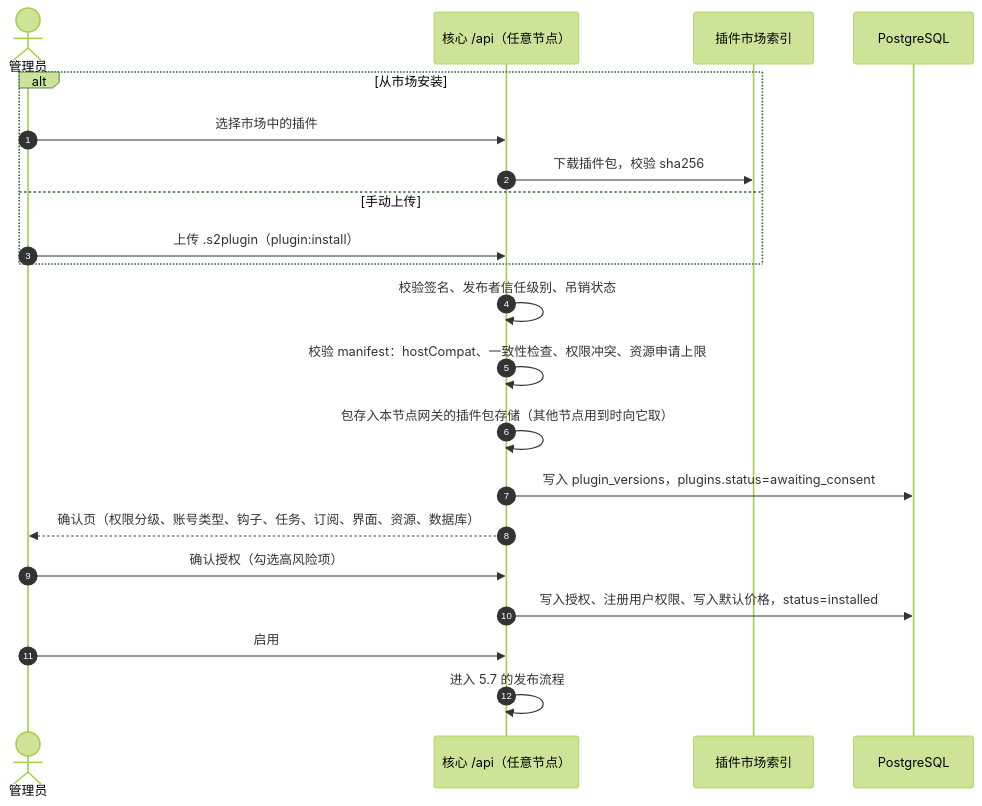
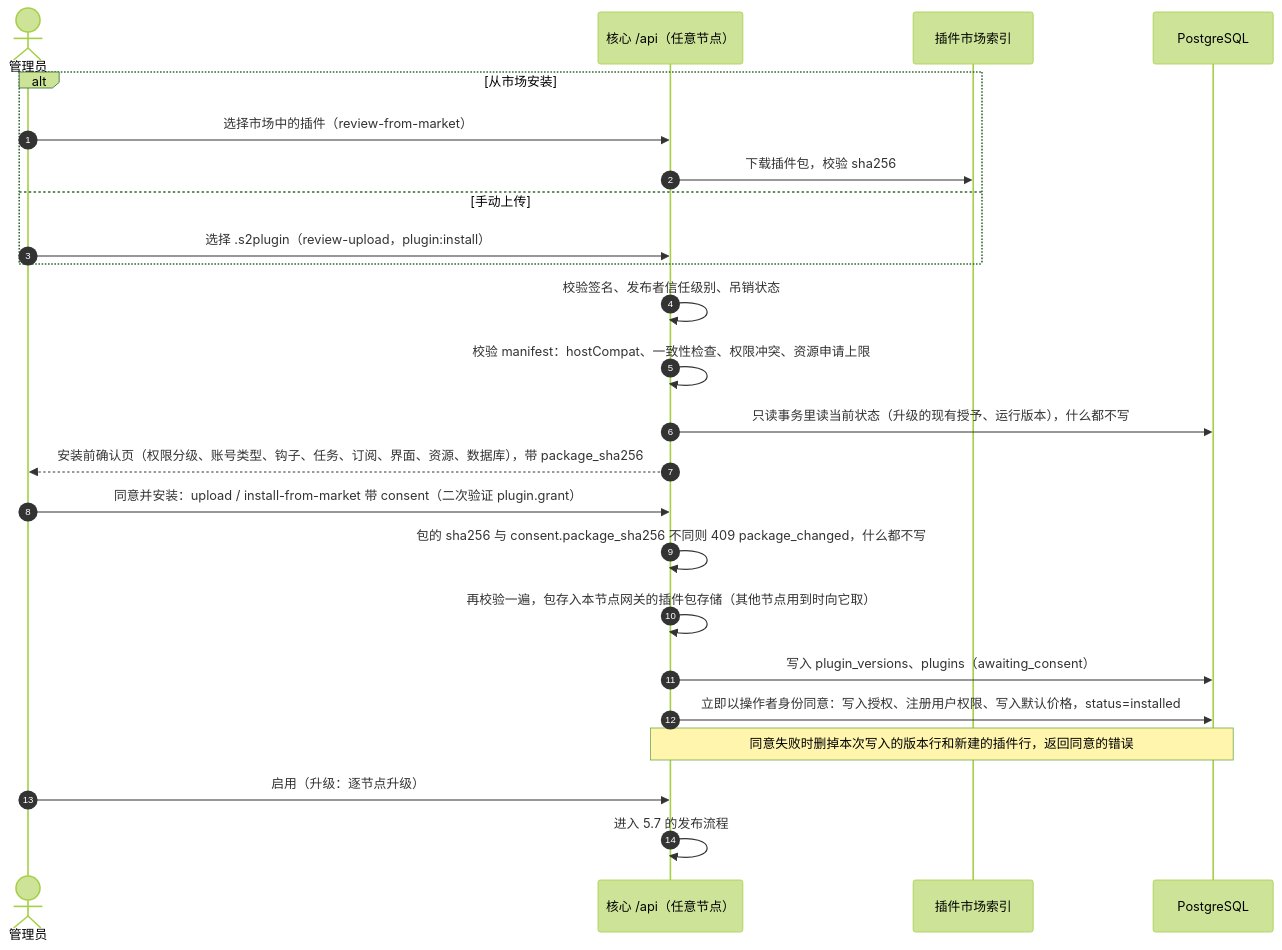
Diagram 17 of 18 in next/docs/ARCHITECTURE.md (touwaeriol/sup2api), drawn with Mermaid (forest theme) before and after one commit. The commit also changed other lines of this file and 42 other files, not shown here.

First line of the commit message:
plugin, web: consent before installing or upgrading a plugin

````diff
--- a/next/docs/ARCHITECTURE.md
+++ b/next/docs/ARCHITECTURE.md
@@ -1518,23 +1518,26 @@
 ```mermaid
 sequenceDiagram
   autonumber
   actor A as 管理员
   participant API as 核心 /api（任意节点）
   participant M as 插件市场索引
   participant PG as PostgreSQL
   alt 从市场安装
-    A->>API: 选择市场中的插件
+    A->>API: 选择市场中的插件（review-from-market）
     API->>M: 下载插件包，校验 sha256
   else 手动上传
-    A->>API: 上传 .s2plugin（plugin:install）
+    A->>API: 选择 .s2plugin（review-upload，plugin:install）
   end
   API->>API: 校验签名、发布者信任级别、吊销状态
   API->>API: 校验 manifest：hostCompat、一致性检查、权限冲突、资源申请上限
-  API->>API: 包存入本节点网关的插件包存储（其他节点用到时向它取）
-  API->>PG: 写入 plugin_versions，plugins.status=awaiting_consent
-  API-->>A: 确认页（权限分级、账号类型、钩子、任务、订阅、界面、资源、数据库）
-  A->>API: 确认授权（勾选高风险项）
-  API->>PG: 写入授权、注册用户权限、写入默认价格，status=installed
-  A->>API: 启用
+  API->>PG: 只读事务里读当前状态（升级的现有授予、运行版本），什么都不写
+  API-->>A: 安装前确认页（权限分级、账号类型、钩子、任务、订阅、界面、资源、数据库），带 package_sha256
+  A->>API: 同意并安装：upload / install-from-market 带 consent（二次验证 plugin.grant）
+  API->>API: 包的 sha256 与 consent.package_sha256 不同则 409 package_changed，什么都不写
+  API->>API: 再校验一遍，包存入本节点网关的插件包存储（其他节点用到时向它取）
+  API->>PG: 写入 plugin_versions、plugins（awaiting_consent）
+  API->>PG: 立即以操作者身份同意：写入授权、注册用户权限、写入默认价格，status=installed
+  Note over API,PG: 同意失败时删掉本次写入的版本行和新建的插件行，返回同意的错误
+  A->>API: 启用（升级：逐节点升级）
   API->>API: 进入 5.7 的发布流程
 ```
````
